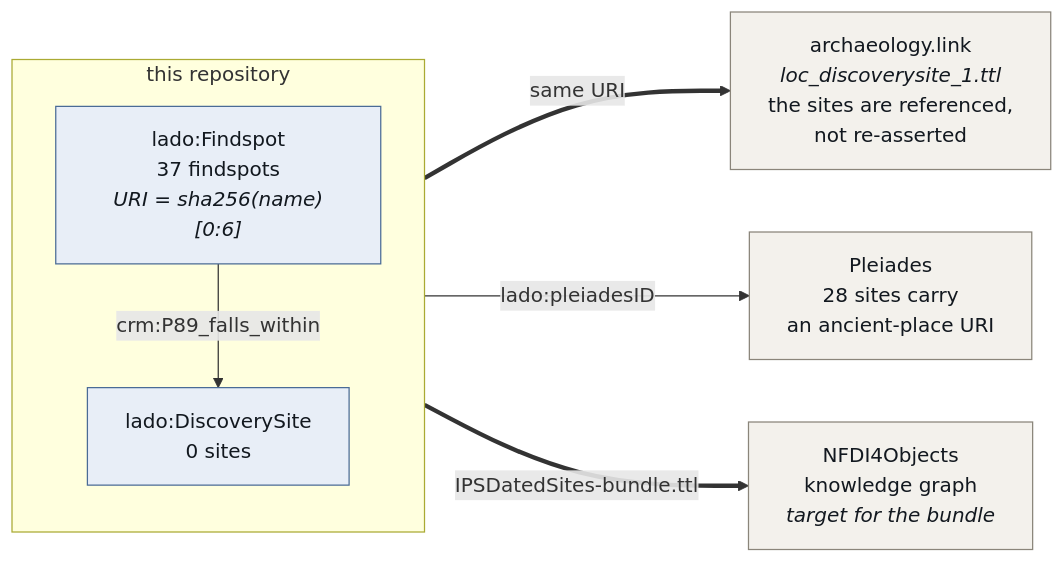
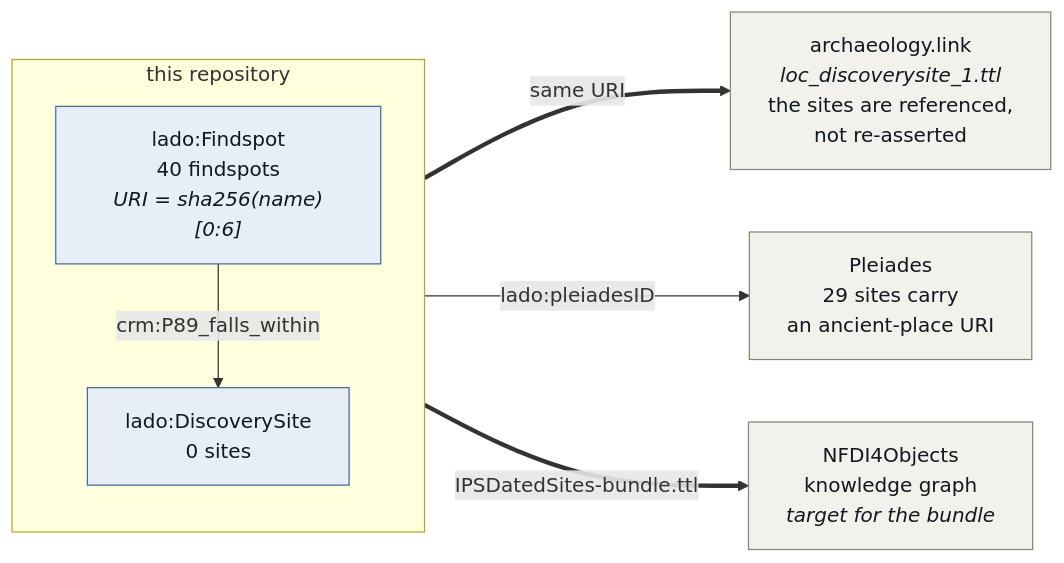
One commit to leiza-rse/IPSDatedSites changed the diagram in docs/diagrams/links.mmd. Above: the diagram before and after it, drawn with Mermaid. The commit also changed 19 other files, not shown here.

```diff
--- a/docs/diagrams/links.mmd
+++ b/docs/diagrams/links.mmd
@@ -1,24 +1,24 @@
 flowchart LR
     subgraph ours["this repository"]
         direction TB
-        FS["lado:Findspot<br/>37 findspots<br/><i>URI = sha256(name)[0:6]</i>"]
+        FS["lado:Findspot<br/>40 findspots<br/><i>URI = sha256(name)[0:6]</i>"]
         DSITE["lado:DiscoverySite<br/>0 sites"]
         FS -->|crm:P89_falls_within| DSITE
     end
 
     AL["archaeology.link<br/><i>loc_discoverysite_1.ttl</i><br/>the sites are referenced,<br/>not re-asserted"]
-    PL["Pleiades<br/>28 sites carry<br/>an ancient-place URI"]
+    PL["Pleiades<br/>29 sites carry<br/>an ancient-place URI"]
     N4O["NFDI4Objects<br/>knowledge graph<br/><i>target for the bundle</i>"]
 
     DSITE ==>|same URI| AL
     DSITE -->|lado:pleiadesID| PL
     ours ==>|IPSDatedSites-bundle.ttl| N4O
 
     class FS,DSITE local
     class AL,PL,N4O ext
 
     classDef local fill:#e8eef7,stroke:#4a6b96,stroke-width:1px,color:#12181f
     classDef crm fill:#efe7f5,stroke:#7a5a96,stroke-width:1px,color:#12181f
     classDef time fill:#e3f2ec,stroke:#3f8a70,stroke-width:1px,color:#12181f
     classDef ext fill:#f3f1ec,stroke:#8a857a,stroke-width:1px,color:#12181f
     classDef io fill:#faf3e3,stroke:#a8872e,stroke-width:1px,color:#12181f
```
